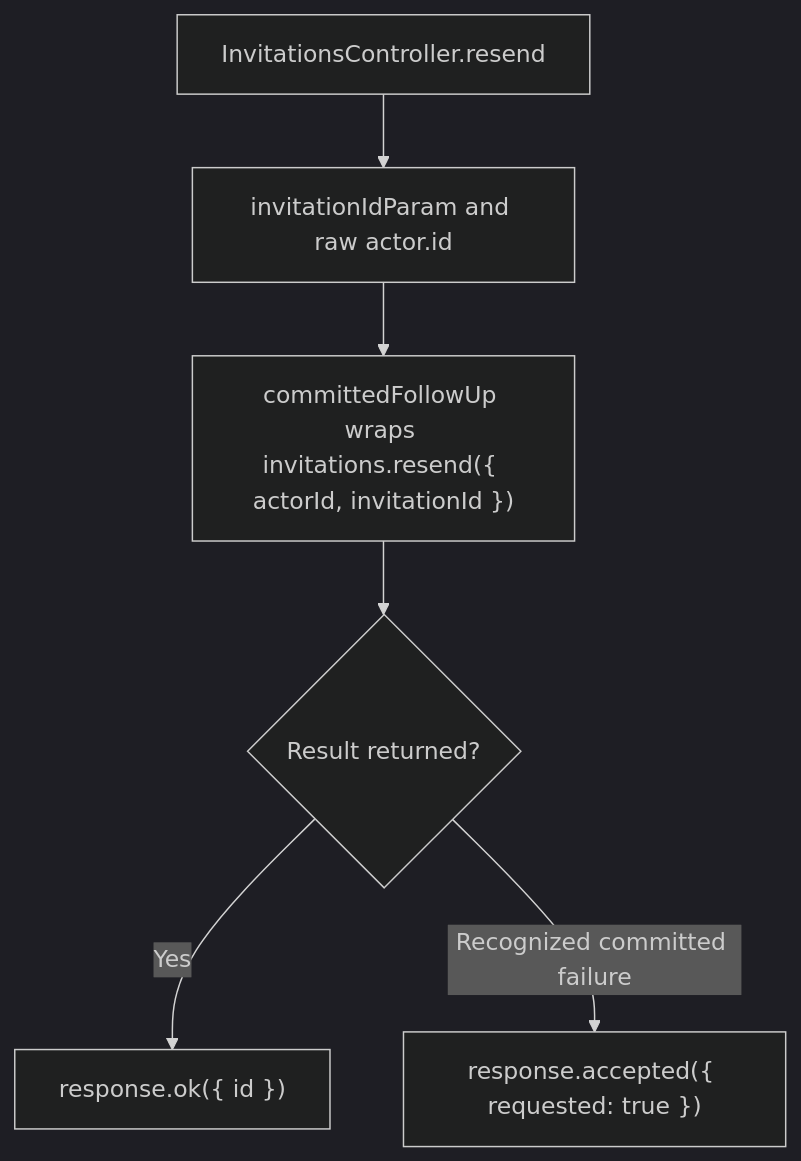
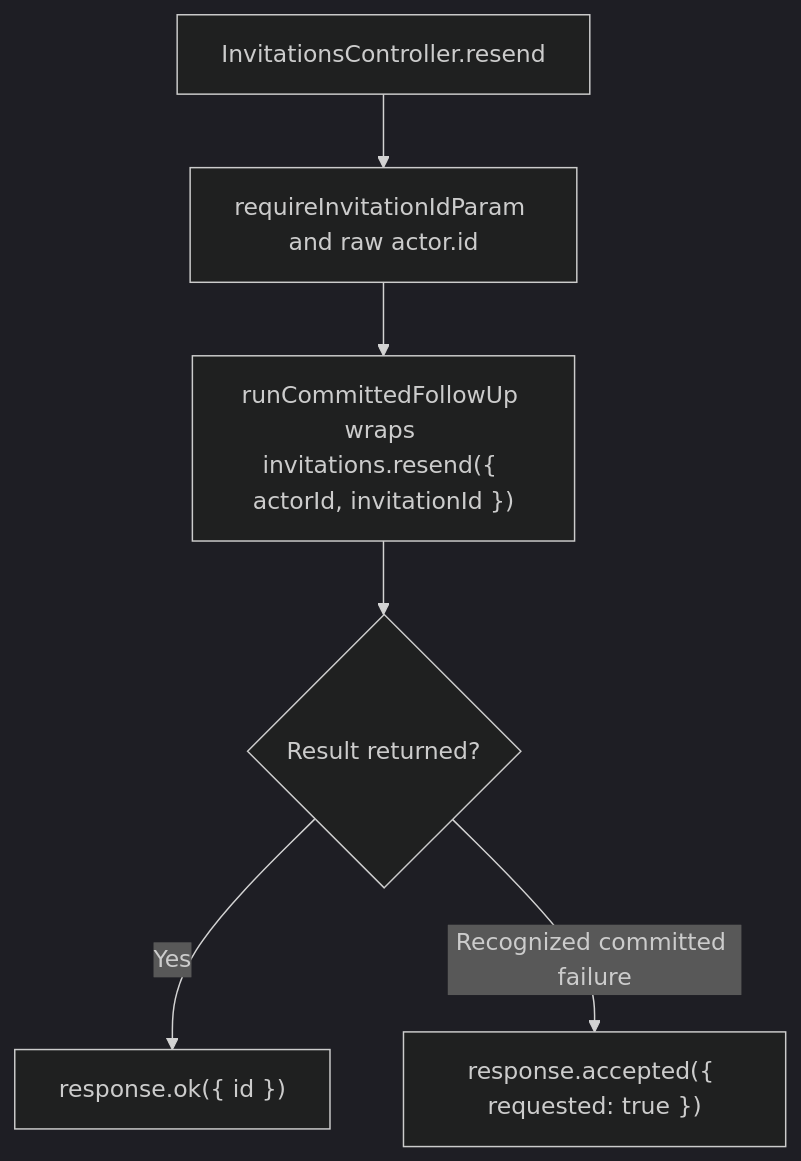
The second of 2 diagrams in user-stories/api/us-api-12-resend-invitation.md (Kevinjohn/oss-adonisjs-starter-examples), drawn with Mermaid (dark theme) before and after one commit. The commit also changed other lines of this file and 27 other files, not shown here.

````diff
--- a/user-stories/api/us-api-12-resend-invitation.md
+++ b/user-stories/api/us-api-12-resend-invitation.md
@@ -42,8 +42,8 @@
 ```mermaid
 flowchart TD
-    A["InvitationsController.resend"] --> B["invitationIdParam and raw actor.id"]
-    B --> C["committedFollowUp wraps invitations.resend({ actorId, invitationId })"]
+    A["InvitationsController.resend"] --> B["requireInvitationIdParam and raw actor.id"]
+    B --> C["runCommittedFollowUp wraps invitations.resend({ actorId, invitationId })"]
     C --> D{"Result returned?"}
     D -->|Yes| E["response.ok({ id })"]
     D -->|Recognized committed failure| F["response.accepted({ requested: true })"]
 ```
````
